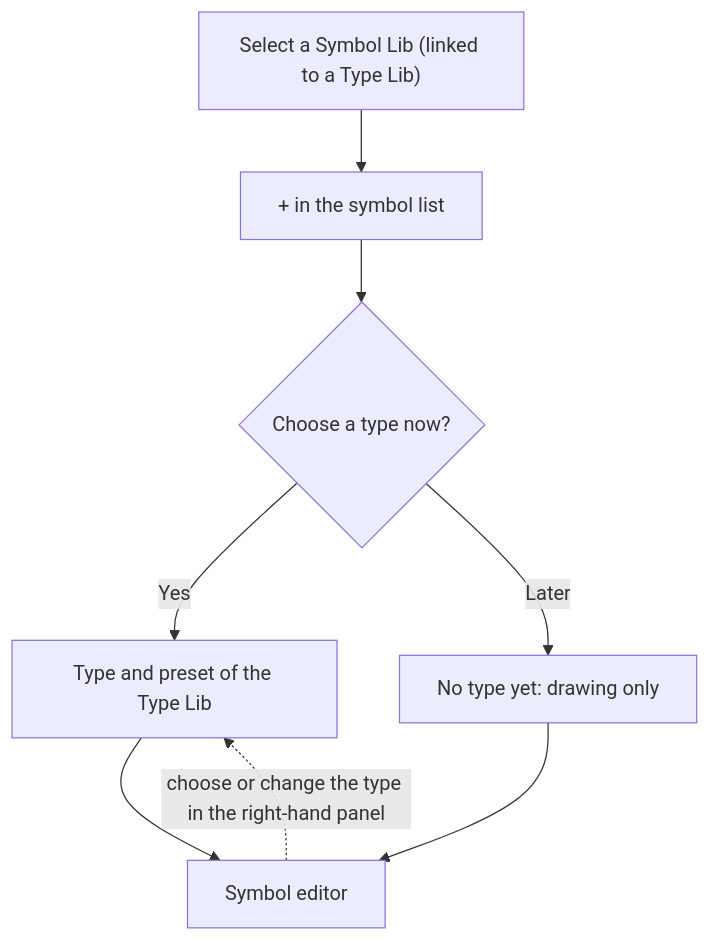
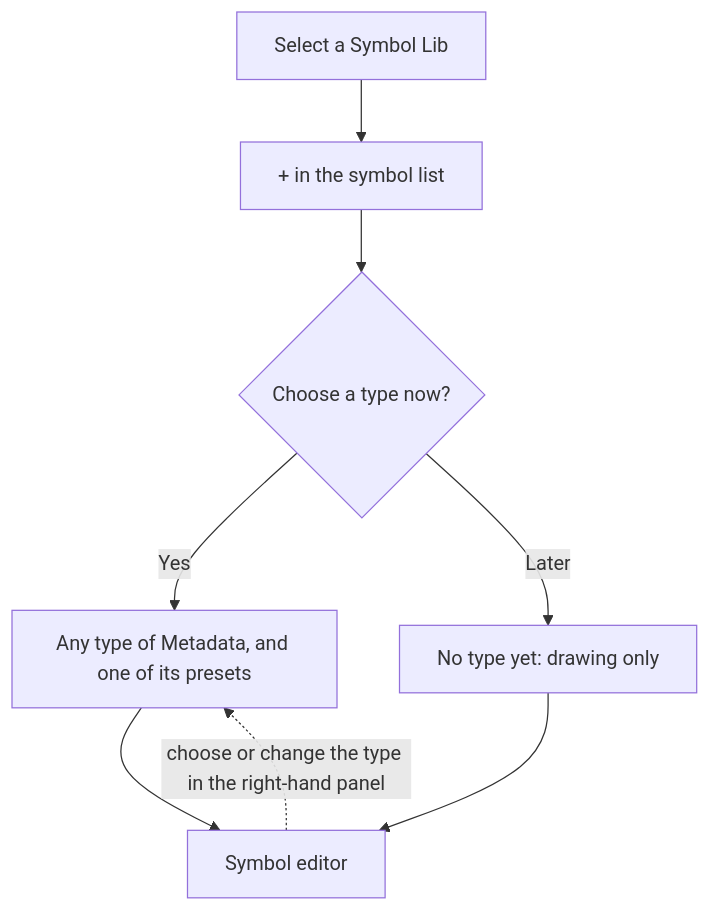
The third of 3 diagrams in symbols/01-libraries-and-symbols.md (AlexandreGallais/synoptic-studio-spec), drawn with Mermaid before and after one commit. The commit also changed other lines of this file and 20 other files, not shown here.

````diff
--- a/symbols/01-libraries-and-symbols.md
+++ b/symbols/01-libraries-and-symbols.md
@@ -94,10 +107,10 @@
 ```mermaid
 flowchart TD
-    A["Select a Symbol Lib (linked to a Type Lib)"] --> B["+ in the symbol list"]
+    A["Select a Symbol Lib"] --> B["+ in the symbol list"]
     B --> C{"Choose a type now?"}
-    C -- "Yes" --> D["Type and preset of the Type Lib"]
+    C -- "Yes" --> D["Any type of Metadata, and one of its presets"]
     C -- "Later" --> E["No type yet: drawing only"]
     D --> F["Symbol editor"]
     E --> F
     F -.->|"choose or change the type in the right-hand panel"| D
 ```
````
